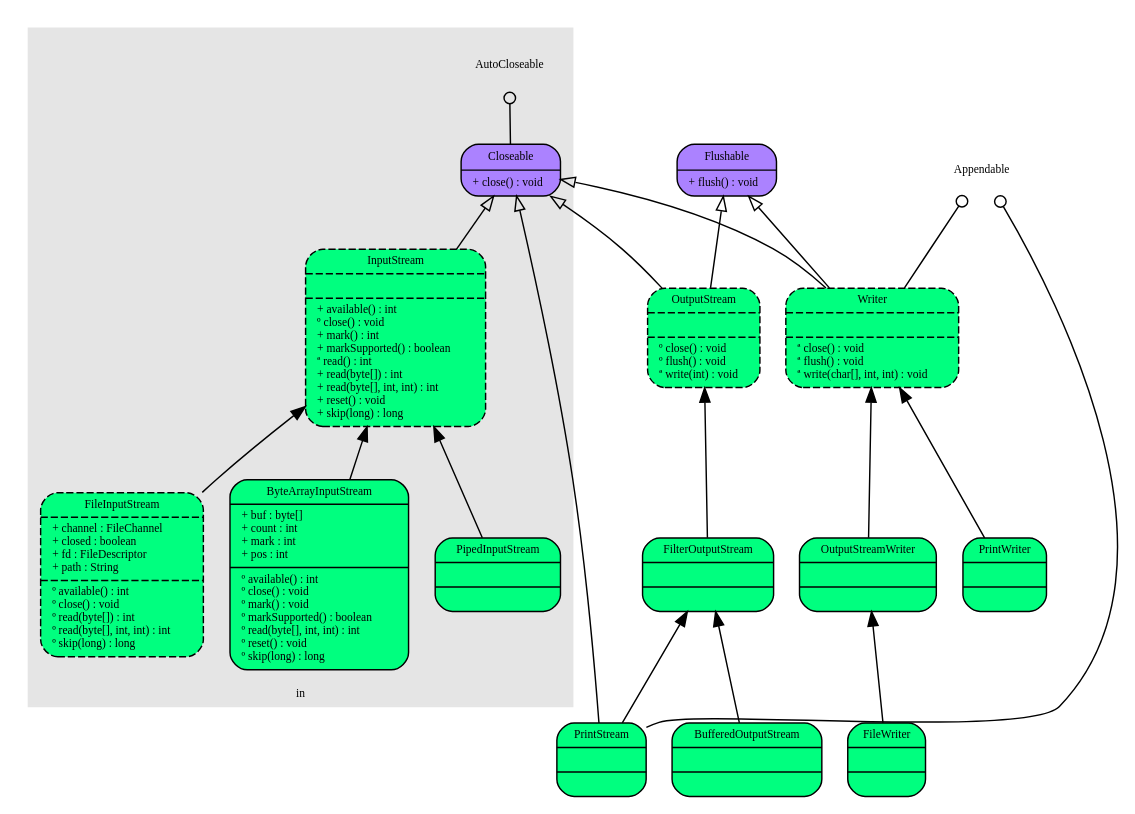
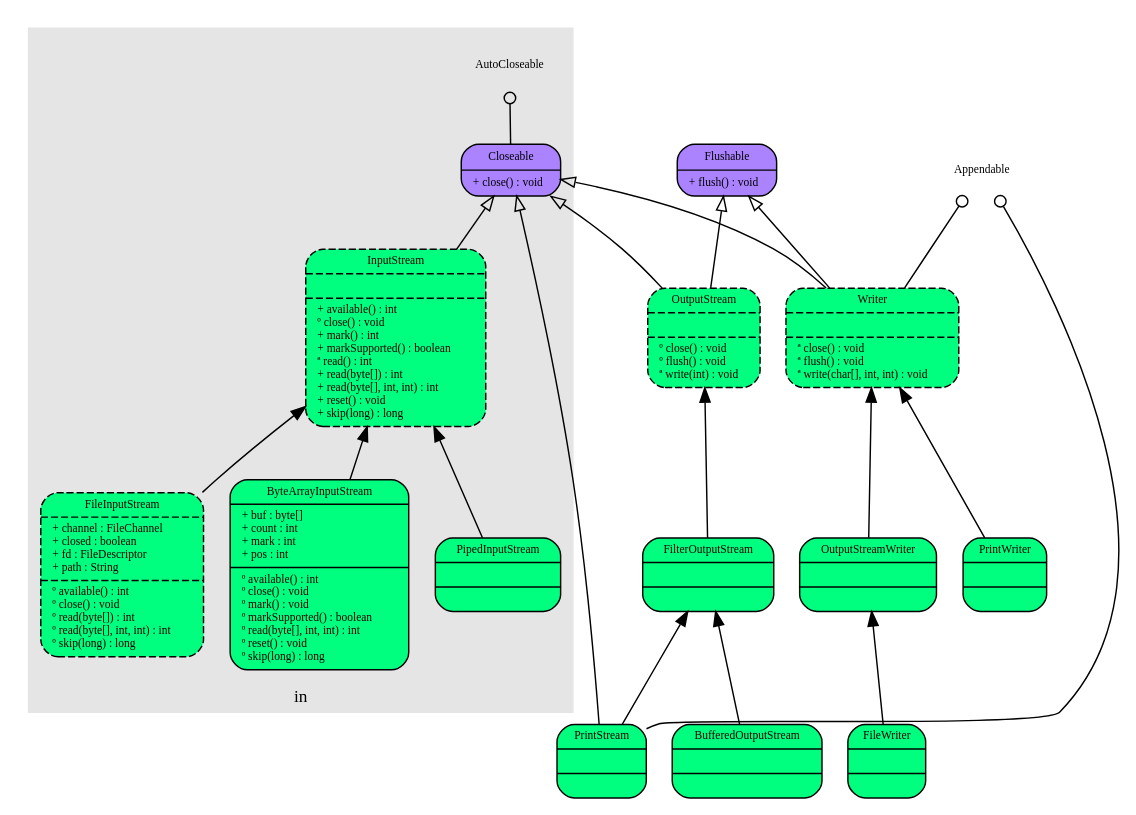
The diagram in Java/IO.dot (chris0103/spider-net), drawn with Graphviz before and after one commit.

```diff
--- a/Java/IO.dot
+++ b/Java/IO.dot
@@ -1,87 +1,87 @@
 digraph name {
 	rankdir = BT;
     fontname = "Verdana";
-    fontsize = 8;
+    fontsize = 12;
     node [fontname = "Verdana", fontsize = 8, shape = "record"];
     edge [fontname = "Verdana", fontsize = 8];
 	
 	subgraph cluster25 {
 		label = "hybrid";
 		style = filled;
 		color = grey90;
 	}	
 	
 	subgraph cluster50 {
 		label = "in";
 		style = filled;
 		color = grey90;
 		AutoCloseable [shape = "plaintext", label = "AutoCloseable"];
 		ByteArrayInputStream [label = "{<f0>ByteArrayInputStream|<f1>+ buf : byte[]\l+ count : int\l+ mark : int\l+ pos : int\l|<f2>&#186; available() : int\l&#186; close() : void\l&#186; mark() : void\l&#186; markSupported() : boolean\l&#186; read(byte[], int, int) : int\l&#186; reset() : void\l&#186; skip(long) : long\l}", style = "rounded, filled", fillcolor = "springgreen"];
 		Closeable [label = "{<f0>Closeable|<f2>+ close() : void\l}", style = "rounded, filled", fillcolor = "mediumpurple1"];
 		FileInputStream [label = "{<f0>FileInputStream|<f1>+ channel : FileChannel\l+ closed : boolean\l+ fd : FileDescriptor\l+ path : String\l|<f2>&#186; available() : int\l&#186; close() : void\l&#186; read(byte[]) : int\l&#186; read(byte[], int, int) : int\l&#186; skip(long) : long\l}", style = "rounded, filled, dashed", fillcolor = "springgreen"];
 		InputStream [label = "{<f0>InputStream||<f2>+ available() : int\l&#186; close() : void\l+ mark() : int\l+ markSupported() : boolean\l&#170; read() : int\l+ read(byte[]) : int\l+ read(byte[], int, int) : int\l+ reset() : void\l+ skip(long) : long\l}", style = "rounded, filled, dashed", fillcolor = "springgreen"];
 		PipedInputStream [label = "{<f0>PipedInputStream||}", style = "rounded, filled", fillcolor = "springgreen"];
 	}
 	
 	subgraph cluster75 {
 		label = "out";
 		style = filled;
 		color = grey90;
 	}
 	
 	Appendable [shape = "plaintext", label = "Appendable"];
 	BufferedOutputStream [label = "{<f0>BufferedOutputStream||}", style = "rounded, filled", fillcolor = "springgreen"];
 	FileWriter [label = "{<f0>FileWriter||}", style = "rounded, filled", fillcolor = "springgreen"];
 	FilterOutputStream [label = "{<f0>FilterOutputStream||}", style = "rounded, filled", fillcolor = "springgreen"];
 	Flushable [label = "{<f0>Flushable|<f2>+ flush() : void\l}", style = "rounded, filled", fillcolor = "mediumpurple1"];
 	OutputStream [label = "{<f0>OutputStream||<f2>&#186; close() : void\l&#186; flush() : void\l&#170; write(int) : void\l}", style = "rounded, filled, dashed", fillcolor = "springgreen"];
 	OutputStreamWriter [label = "{<f0>OutputStreamWriter||}", style = "rounded, filled", fillcolor = "springgreen"];
 	PrintStream [label = "{<f0>PrintStream||}", style = "rounded, filled", fillcolor = "springgreen"];
 	PrintWriter [label = "{<f0>PrintWriter||}", style = "rounded, filled", fillcolor = "springgreen"];
 	Writer [label = "{<f0>Writer||<f2>&#170; close() : void\l&#170; flush() : void\l&#170; write(char[], int, int) : void\l}", style = "rounded, filled, dashed", fillcolor = "springgreen"];
 	
 	// other creatures
 	
 	// interface_minor [shape = "plaintext", label = "Interface_minor"];
 	// interface [label = "{<f0>Interface|<f2>+ method() : return_type\l}", style = "rounded, filled", fillcolor = "mediumpurple1"];
 	// abstract_class [label = "{<f0>Abstract_Class|<f1>+ field1 : type\l+ filed2 : type\l|<f2>&#170; abstract_method() : return_type\l&#537; static_method() : return_type\l+ method() : return_type\l}", style = "rounded, filled, dashed", fillcolor = "springgreen"];
 	// class [label = "{<f0>Class|<f1>+ field1 : type\l+ filed2 : type\l|<f2>+ method() : return_type\l&#537; static_method() : return_type\l&#186; overriden_method() : return_type\l}", style = "rounded, filled", fillcolor = "springgreen"];
 	
 	/*
 	subgraph cluster {
 		label = "";
 		style = filled;
 		color = grey90;
 	}
 	*/
 
 	// input stream
 	InputStream -> Closeable [arrowhead = "empty"];
 	ByteArrayInputStream -> InputStream;
 	FileInputStream -> InputStream;
 	PipedInputStream -> InputStream;
 	
 	BufferedOutputStream -> FilterOutputStream;
 	FilterOutputStream -> OutputStream;
 	OutputStream -> Closeable [arrowhead = "empty"];
 	OutputStream -> Flushable [arrowhead = "empty"];
 	Closeable -> AutoCloseable [arrowhead = "odot"];
 	FileWriter -> OutputStreamWriter;
 	OutputStreamWriter -> Writer;
 	Writer -> Closeable [arrowhead = "empty"];
 	Writer -> Flushable [arrowhead = "empty"];
 	Writer -> Appendable [arrowhead = "odot"];
 	PrintStream -> FilterOutputStream;
 	PrintStream -> Closeable [arrowhead = "empty"];
 	PrintStream -> Appendable [arrowhead = "odot"];
 	PrintWriter -> Writer;
 
 	
 	// Implementation -> Interface [arrowhead = "empty"];
 	// Subclass -> Class;	
 	// Referer -> Referee [arrowhead = "vee"];
 	// Implementation -> InterfaceMinor [arrowhead = "odot"];
 	
 	
 	// current is current_progress_item
 }
```
